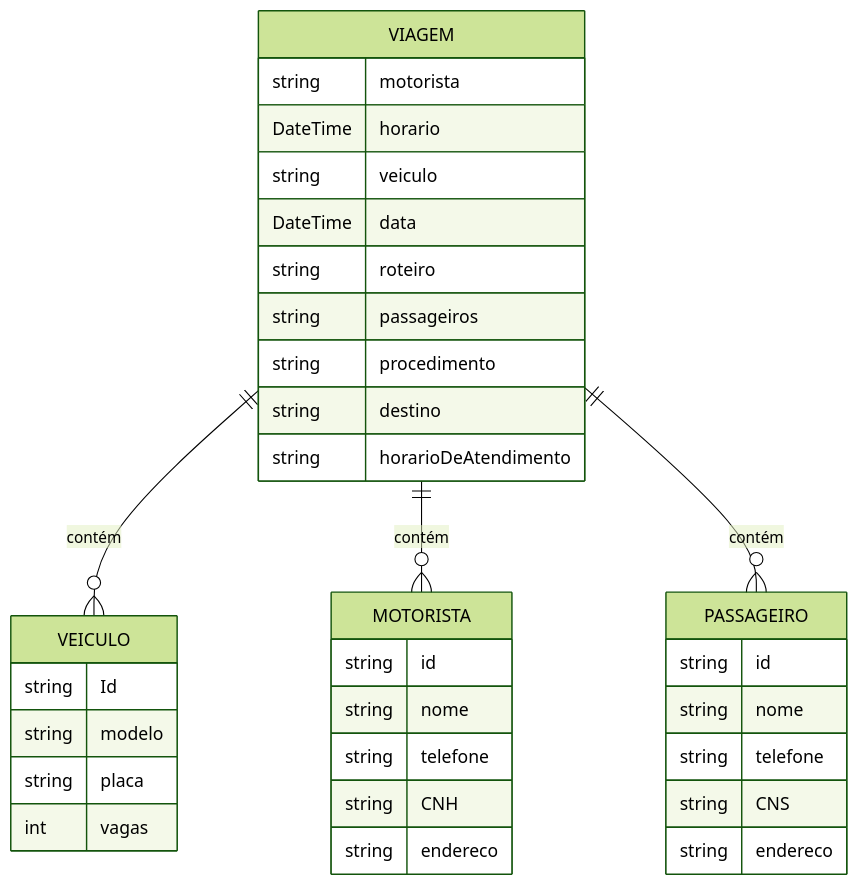
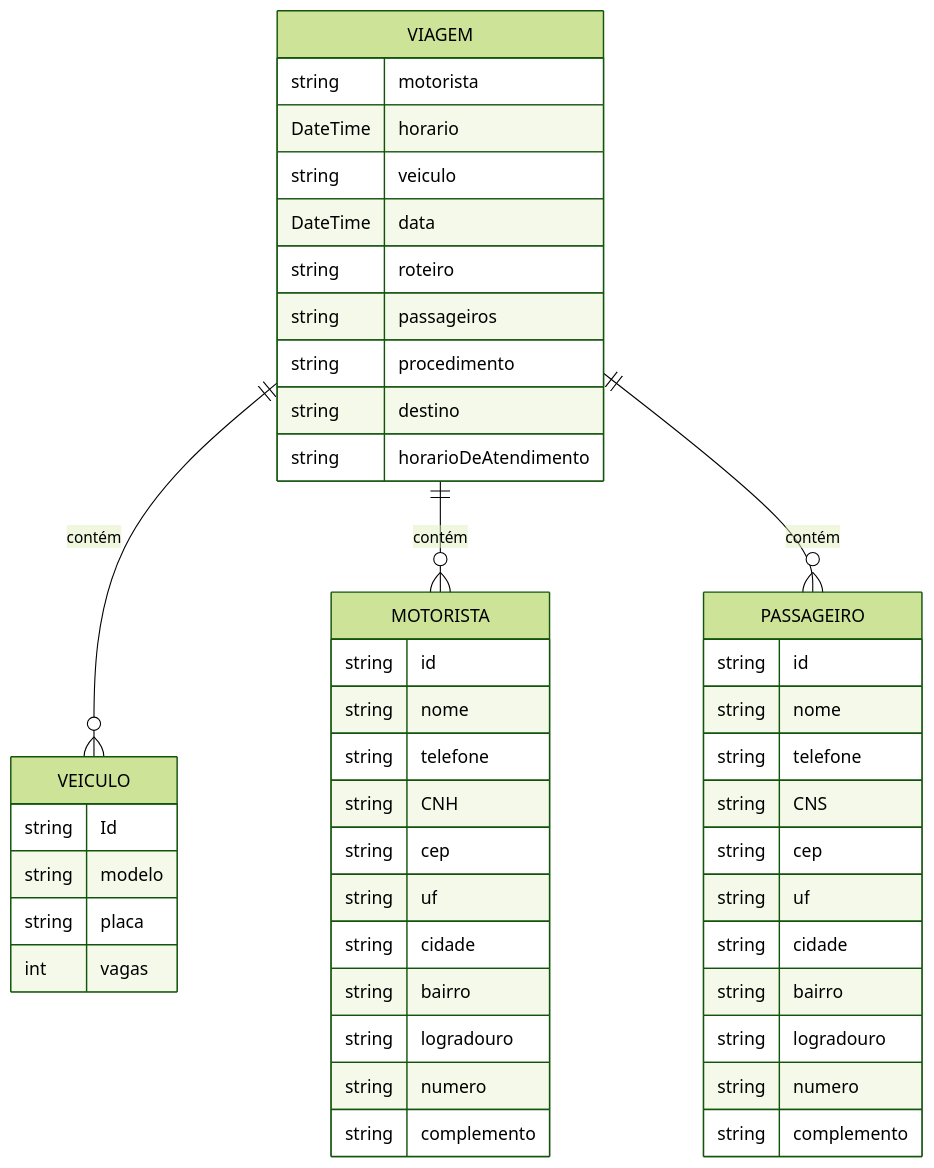
Before and after one commit to KleitonMQ/CONTRAVI: the second of 2 diagrams in README.md, drawn with Mermaid (forest theme). The commit also changed other lines of this file and 5 other files, not shown here.

Commit message:
adicao da classe pessoa, subdividido endereco nos diagramas.

````diff
--- a/README.md
+++ b/README.md
@@ -52,41 +58,53 @@
 ```mermaid
 erDiagram
     MOTORISTA {
         string id
         string nome
         string telefone
         string CNH
-        string endereco
+        string cep
+        string uf
+        string cidade
+        string bairro
+        string logradouro
+        string numero
+        string complemento
     }
 
     PASSAGEIRO {
         string id
         string nome
         string telefone
         string CNS
-        string endereco
+        string cep
+        string uf
+        string cidade
+        string bairro
+        string logradouro
+        string numero
+        string complemento
     }
 
     VEICULO {
         string Id
         string modelo
         string placa
         int vagas
     }
 
     VIAGEM {
         string motorista
         DateTime horario
         string veiculo
         DateTime data
         string roteiro
         string passageiros
         string procedimento
         string destino
         string horarioDeAtendimento
     }
 
     VIAGEM ||--o{ VEICULO : "contém"
     VIAGEM ||--o{ MOTORISTA : "contém"
     VIAGEM ||--o{ PASSAGEIRO : "contém"
 ```
````
